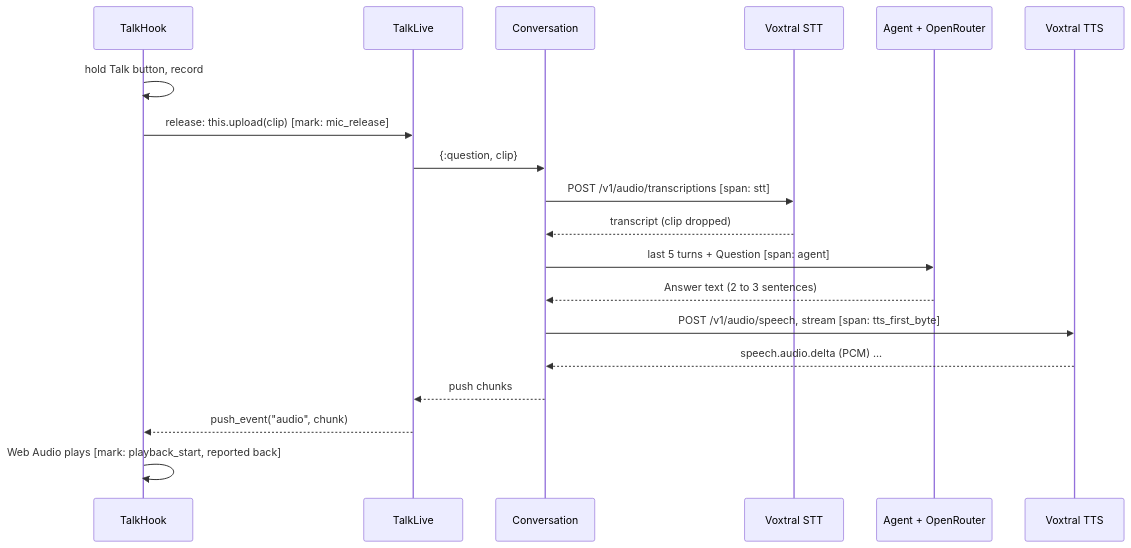
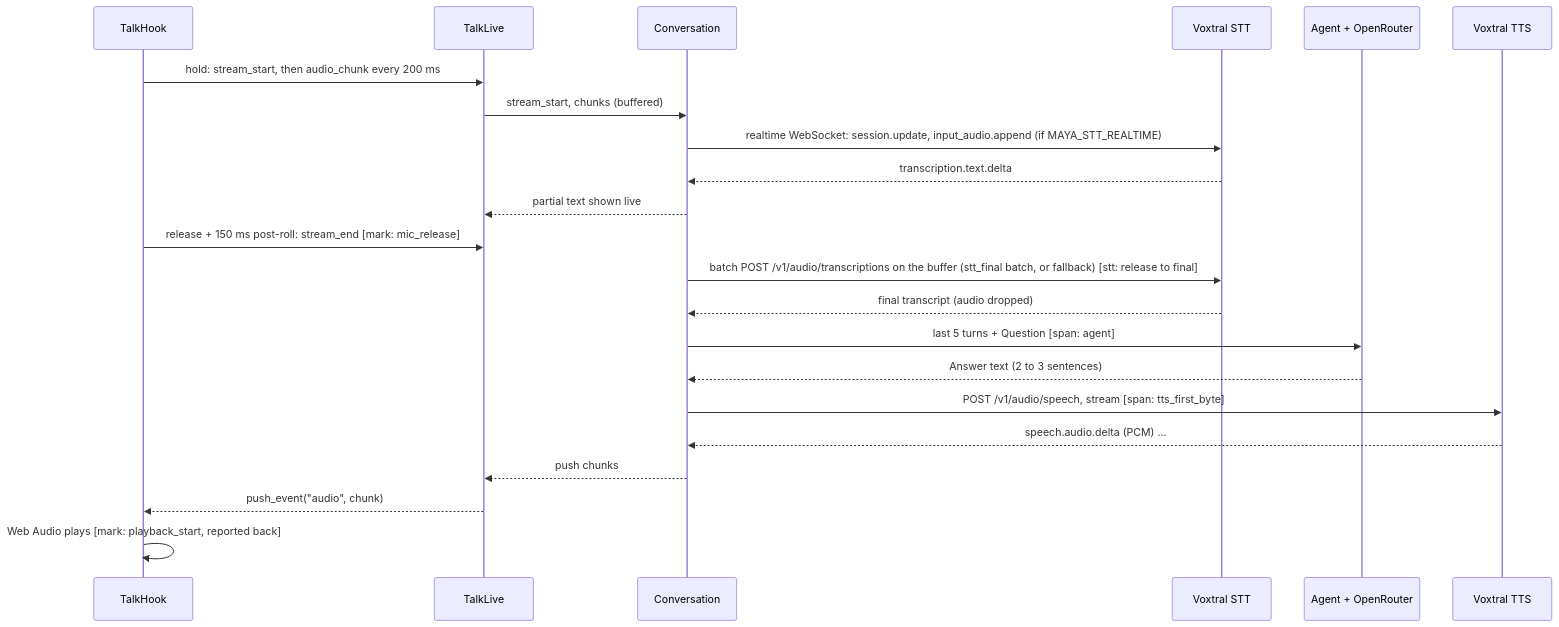
One commit to darth-dodo/maya changed the second of 3 diagrams in ARCHITECTURE.md. Above: the diagram before and after it, drawn with Mermaid. The commit also changed other lines of this file and 29 other files, not shown here.

First line of the commit message:
feat: live transcription with Voxtral realtime

````diff
--- a/ARCHITECTURE.md
+++ b/ARCHITECTURE.md
@@ -51,21 +51,24 @@
 ```mermaid
 sequenceDiagram
   participant H as TalkHook
   participant L as TalkLive
   participant C as Conversation
   participant S as Voxtral STT
   participant A as Agent + OpenRouter
   participant T as Voxtral TTS
-  H->>H: hold Talk button, record
-  H->>L: release: this.upload(clip)  [mark: mic_release]
-  L->>C: {:question, clip}
-  C->>S: POST /v1/audio/transcriptions  [span: stt]
-  S-->>C: transcript (clip dropped)
+  H->>L: hold: stream_start, then audio_chunk every 200 ms
+  L->>C: stream_start, chunks (buffered)
+  C->>S: realtime WebSocket: session.update, input_audio.append (if MAYA_STT_REALTIME)
+  S-->>C: transcription.text.delta
+  C-->>L: partial text shown live
+  H->>L: release + 150 ms post-roll: stream_end  [mark: mic_release]
+  C->>S: batch POST /v1/audio/transcriptions on the buffer (stt_final batch, or fallback)  [stt: release to final]
+  S-->>C: final transcript (audio dropped)
   C->>A: last 5 turns + Question  [span: agent]
   A-->>C: Answer text (2 to 3 sentences)
   C->>T: POST /v1/audio/speech, stream  [span: tts_first_byte]
   T-->>C: speech.audio.delta (PCM) ...
   C-->>L: push chunks
   L-->>H: push_event("audio", chunk)
   H->>H: Web Audio plays  [mark: playback_start, reported back]
 ```
````
